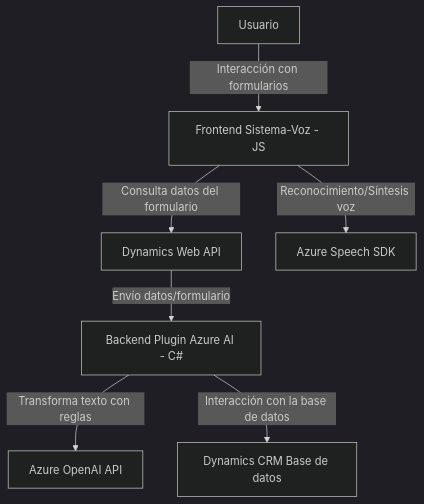
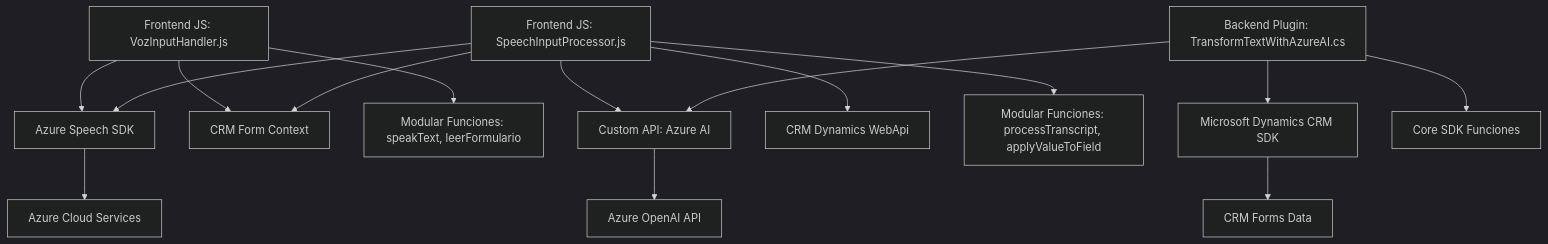
The diagram in README.md (blopezdm/NETCORE_BILBAO2025), drawn with Mermaid (dark theme) before and after one commit. The commit also changed other lines of this file, not shown here.

Commit message:
Actualizar análisis global de la solución con IA

````diff
--- a/README.md
+++ b/README.md
@@ -60,9 +36,20 @@
 ```mermaid
 graph TD
-    A["Usuario"] -->|Interacción con formularios| B["Frontend Sistema-Voz - JS"]
-    B -->|Consulta datos del formulario| C["Dynamics Web API"]
-    B -->|Reconocimiento/Síntesis voz| D["Azure Speech SDK"]
-    C -->|Envío datos/formulario| E["Backend Plugin Azure AI - C#"]
-    E -->|Transforma texto con reglas| F["Azure OpenAI API"]
-    E -->|Interacción con la base de datos| G["Dynamics CRM Base de datos"]
+    A["Frontend JS: VozInputHandler.js"] --> B["Azure Speech SDK"]
+    A --> C["CRM Form Context"]
+    A --> D["Modular Funciones: speakText, leerFormulario"]
+
+    E["Frontend JS: SpeechInputProcessor.js"] --> B
+    E --> C
+    E --> F["Custom API: Azure AI"]
+    E --> G["CRM Dynamics WebApi"]
+    E --> H["Modular Funciones: processTranscript, applyValueToField"]
+
+    I["Backend Plugin: TransformTextWithAzureAI.cs"] --> F
+    I --> J["Microsoft Dynamics CRM SDK"]
+    I --> K["Core SDK Funciones"]
+
+    F --> L["Azure OpenAI API"]
+    B --> M["Azure Cloud Services"]
+    J --> N["CRM Forms Data"]
 ```
````
